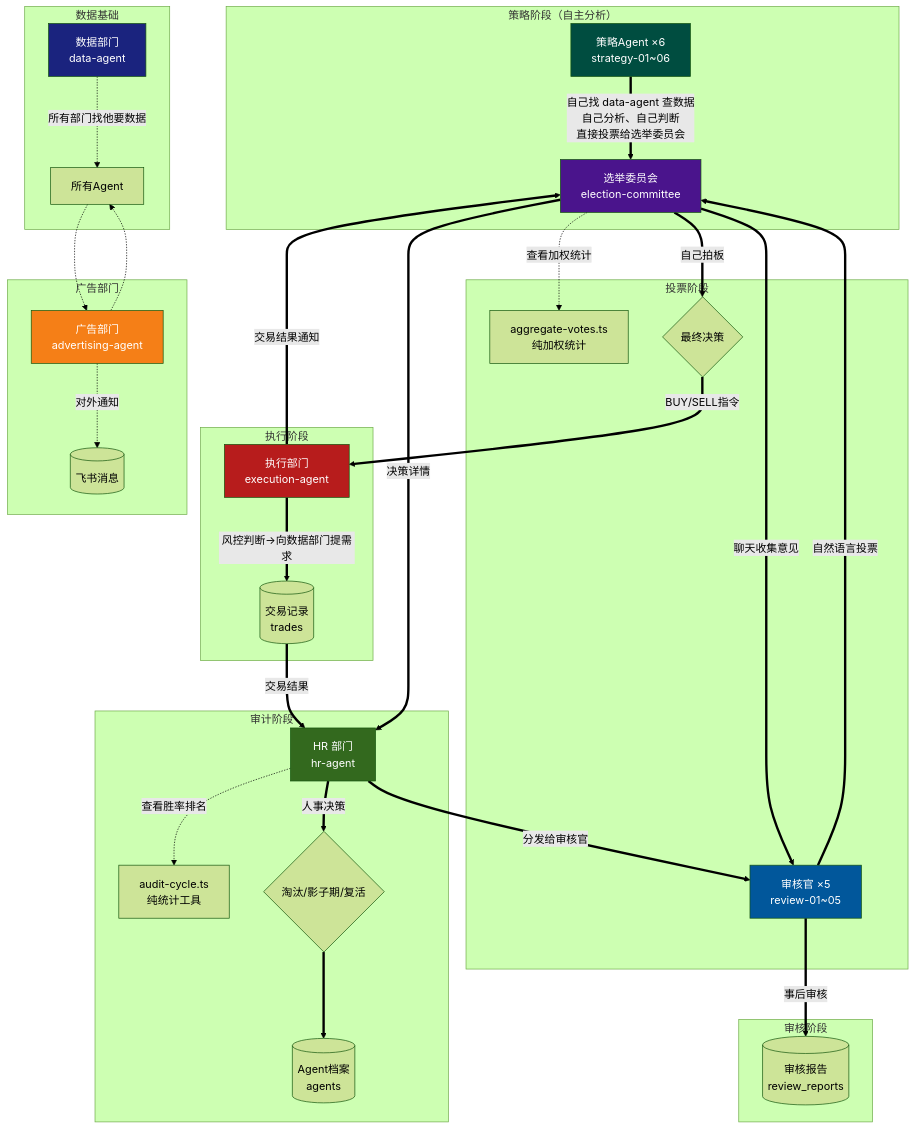
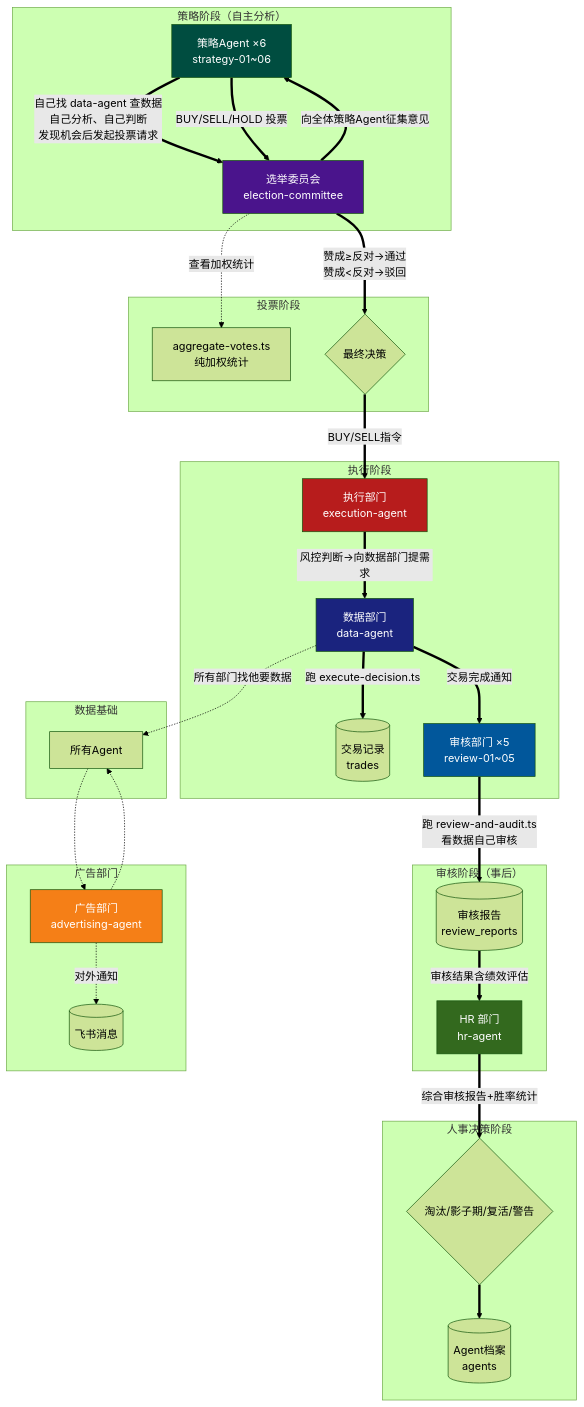
The first of 5 diagrams in docs/architecture.md (fantian007/hermes-trading-system), drawn with Mermaid (forest theme) before and after one commit. The commit also changed other lines of this file and 8 other files, not shown here.

````diff
--- a/docs/architecture.md
+++ b/docs/architecture.md
@@ -29,51 +29,49 @@
 ```mermaid
 graph TB
     subgraph "策略阶段（自主分析）"
-        STRATEGY[策略Agent ×6<br/>strategy-01~06] ==>|"自己找 data-agent 查数据<br/>自己分析、自己判断<br/>直接投票给选举委员会"| EC[选举委员会<br/>election-committee]
+        STRATEGY[策略Agent ×6<br/>strategy-01~06] ==>|"自己找 data-agent 查数据<br/>自己分析、自己判断<br/>发现机会后发起投票请求"| EC[选举委员会<br/>election-committee]
     end
 
     subgraph "投票阶段"
-        EC ==>|"聊天收集意见"| REVIEW[审核官 ×5<br/>review-01~05]
-        REVIEW ==>|"自然语言投票"| EC
+        EC ==>|"向全体策略Agent征集意见"| STRATEGY
+        STRATEGY ==>|"BUY/SELL/HOLD 投票"| EC
         EC -.->|"查看加权统计"| AGG[aggregate-votes.ts<br/>纯加权统计]
-        EC ==>|"自己拍板"| DECISION{最终决策}
+        EC ==>|"赞成≥反对→通过<br/>赞成<反对→驳回"| DECISION{最终决策}
     end
 
     subgraph "执行阶段"
         DECISION ==>|"BUY/SELL指令"| EXEC[执行部门<br/>execution-agent]
-        EXEC ==>|"风控判断→向数据部门提需求"| TRADE[(交易记录<br/>trades)]
-        EXEC ==>|"交易结果通知"| EC
+        EXEC ==>|"风控判断→向数据部门提需求"| DATA[数据部门<br/>data-agent]
+        DATA ==>|"跑 execute-decision.ts"| TRADE[(交易记录<br/>trades)]
+        DATA ==>|"交易完成通知"| REVIEW[审核部门 ×5<br/>review-01~05]
     end
 
-    subgraph "审计阶段"
-        TRADE ==>|"交易结果"| AUDITOR[HR 部门<br/>hr-agent]
-        AUDITOR -.->|"查看胜率排名"| STATS[audit-cycle.ts<br/>纯统计工具]
-        AUDITOR ==>|"人事决策"| PERSONNEL{淘汰/影子期/复活}
-        PERSONNEL ==> AGENTS[(Agent档案<br/>agents)]
+    subgraph "审核阶段（事后）"
+        REVIEW ==>|"跑 review-and-audit.ts<br/>看数据自己审核"| REPORTS[(审核报告<br/>review_reports)]
+        REPORTS ==>|"审核结果含绩效评估"| HR[HR 部门<br/>hr-agent]
     end
 
-    subgraph "审核阶段"
-        EC ==>|"决策详情"| AUDITOR
-        AUDITOR ==>|"分发给审核官"| REVIEW
-        REVIEW ==>|"事后审核"| REPORTS[(审核报告<br/>review_reports)]
+    subgraph "人事决策阶段"
+        HR ==>|"综合审核报告+胜率统计"| DECIDE{淘汰/影子期/复活/警告}
+        DECIDE ==> AGENTS[(Agent档案<br/>agents)]
     end
 
     subgraph "数据基础"
-        DATA[数据部门<br/>data-agent] -.->|"所有部门找他要数据"| ALL[所有Agent]
+        DATA -.->|"所有部门找他要数据"| ALL[所有Agent]
     end
 
     subgraph "广告部门"
         AD[广告部门<br/>advertising-agent] -.->|"对外通知"| FEISHU[(飞书消息)]
     end
 
     AD -.-> ALL
     ALL -.-> AD
 
     style AD fill:#f57f17,color:#fff
     style DATA fill:#1a237e,color:#fff
     style STRATEGY fill:#004d40,color:#fff
     style EC fill:#4a148c,color:#fff
     style REVIEW fill:#01579b,color:#fff
     style EXEC fill:#b71c1c,color:#fff
-    style AUDITOR fill:#33691e,color:#fff
+    style HR fill:#33691e,color:#fff
 ```
````
